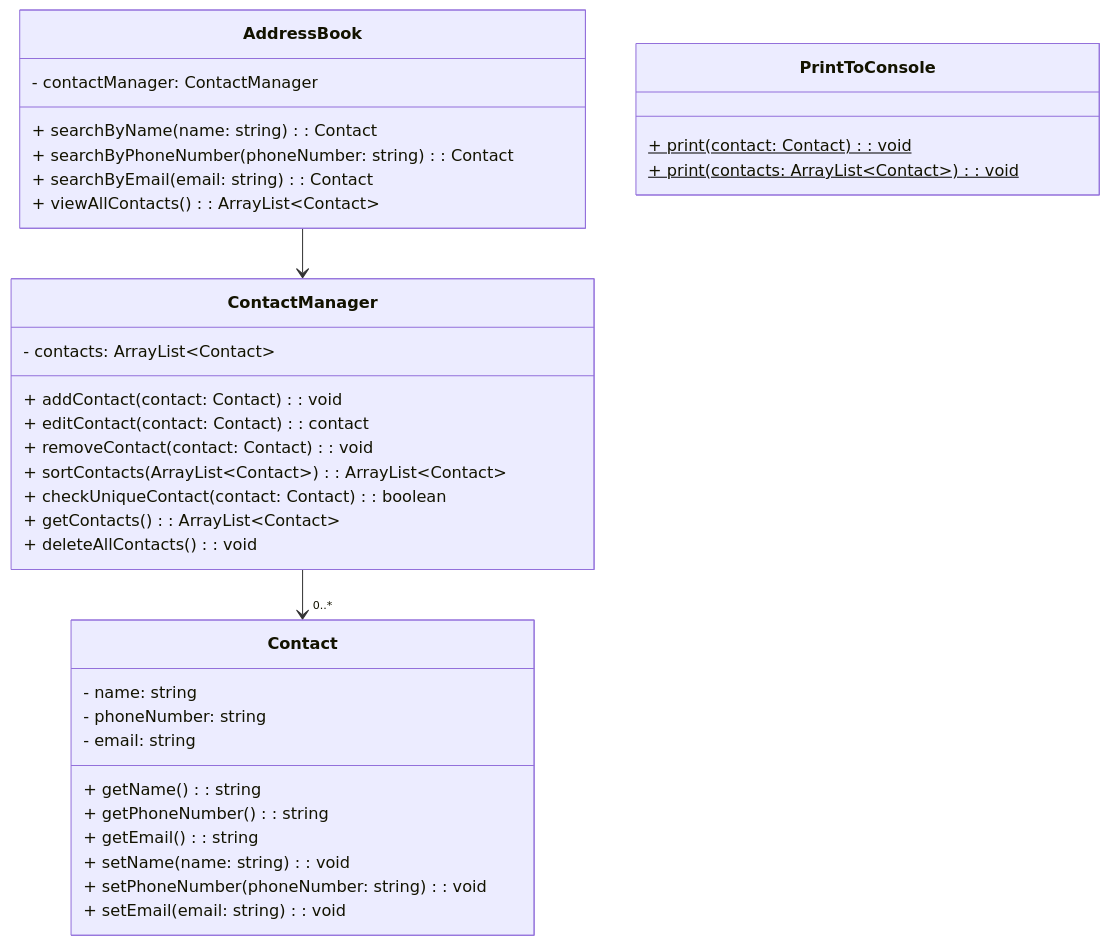
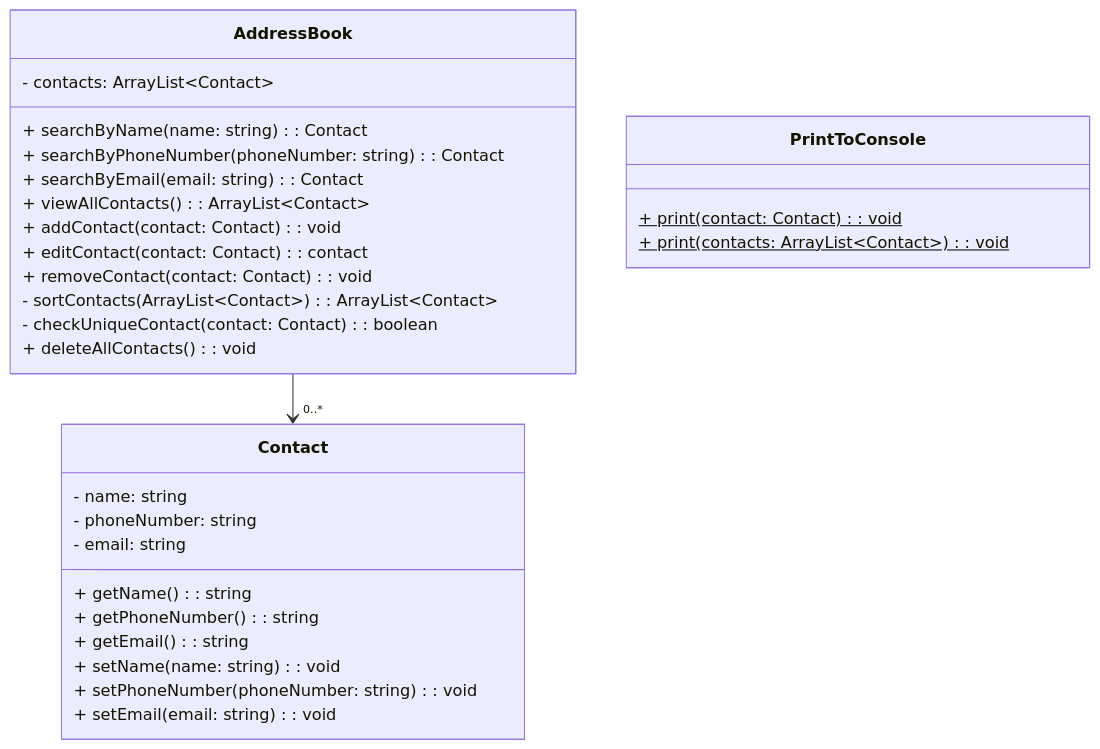
The diagram in docs/class-diagrams-test-plan.md (aabubakar17/AddressBook), drawn with Mermaid before and after one commit. The commit also changed 3 other files, not shown here.

Commit message:
UPDATE: Removed tightly couple contactManager class

````diff
--- a/docs/class-diagrams-test-plan.md
+++ b/docs/class-diagrams-test-plan.md
@@ -4,39 +4,36 @@
 ```mermaid
 classDiagram
     class AddressBook {
-        - contactManager: ContactManager
+        - contacts: ArrayList~Contact~
         + searchByName(name: string): Contact
         + searchByPhoneNumber(phoneNumber: string): Contact
         + searchByEmail(email: string): Contact
-        + viewAllContacts(): ArrayList~Contact~
-    }
-    class ContactManager {
-        - contacts: ArrayList~Contact~
+        + viewAllContacts(): ArrayList~Contact~ 
         + addContact(contact: Contact): void
         + editContact(contact: Contact): contact
         + removeContact(contact: Contact): void
-        + sortContacts(ArrayList~Contact~) : ArrayList~Contact~
-        + checkUniqueContact(contact: Contact): boolean
-        + getContacts(): ArrayList~Contact~
+        - sortContacts(ArrayList~Contact~) : ArrayList~Contact~
+        - checkUniqueContact(contact: Contact): boolean
         + deleteAllContacts(): void
     }
+    
     class Contact {
         - name: string
         - phoneNumber: string
         - email: string
         + getName(): string
         + getPhoneNumber(): string
         + getEmail(): string
         + setName(name: string): void
         + setPhoneNumber(phoneNumber: string): void
         + setEmail(email: string): void
     }
 
     class PrintToConsole {
         + print(contact: Contact)$: void
         + print(contacts: ArrayList~Contact~)$: void
     }
-    AddressBook  --> ContactManager
-    ContactManager --> "0..*" Contact
+    
+    AddressBook  --> "0..*" Contact
 
 ```
````
